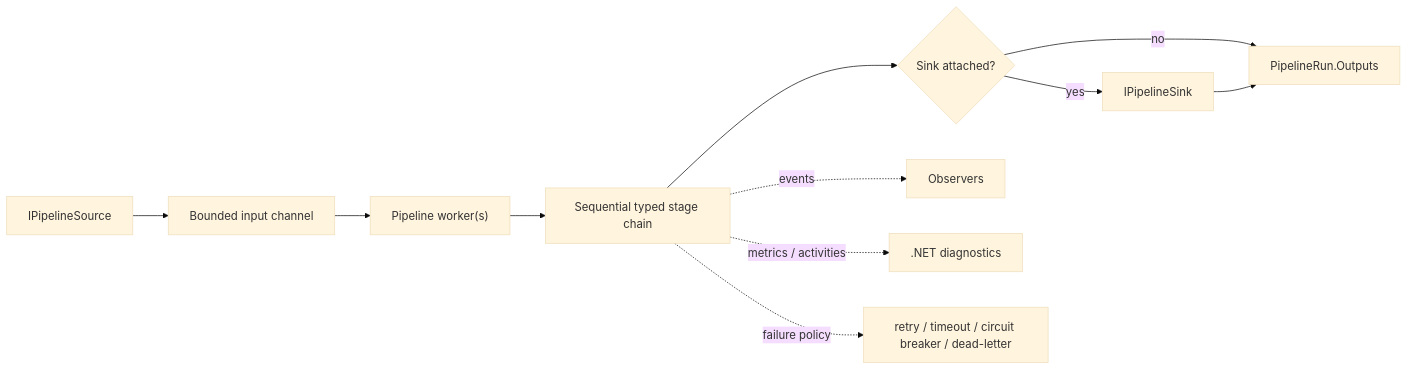
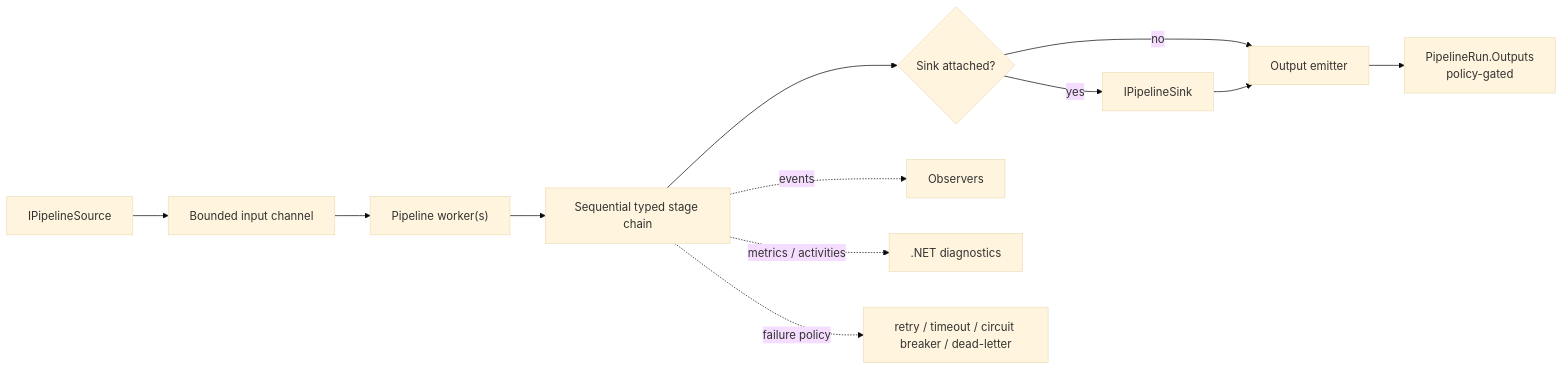
The diagram in README.md (MrFr3di/SmartPipe-Core), drawn with Mermaid (base theme) before and after one commit. The commit also changed 1 other file, not shown here.

Commit message:
docs: tighten README and contribution contracts

````diff
--- a/README.md
+++ b/README.md
@@ -170,13 +170,14 @@
 ```mermaid
 flowchart LR
     S["IPipelineSource<TInput>"] --> I["Bounded input channel"]
     I --> W["Pipeline worker(s)"]
     W --> X["Sequential typed stage chain"]
     X --> K{"Sink attached?"}
     K -->|yes| N["IPipelineSink<TOutput>"]
-    K -->|no| O["PipelineRun<T>.Outputs"]
-    N --> O
+    K -->|no| P["Output emitter"]
+    N --> P
+    P --> O["PipelineRun<T>.Outputs<br/>policy-gated"]
     X -. events .-> E["Observers"]
     X -. metrics / activities .-> D[".NET diagnostics"]
     X -. failure policy .-> F["retry / timeout / circuit breaker / dead-letter"]
 ```
````
